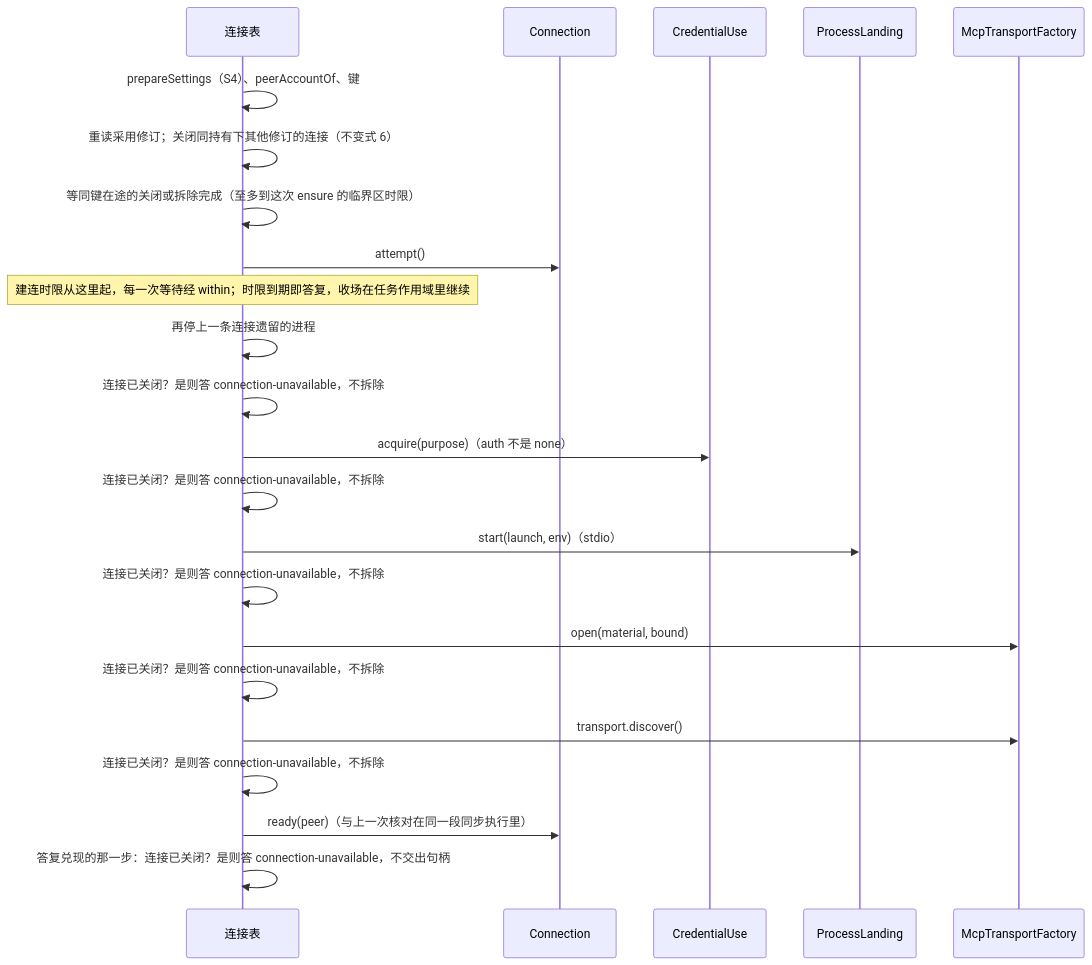
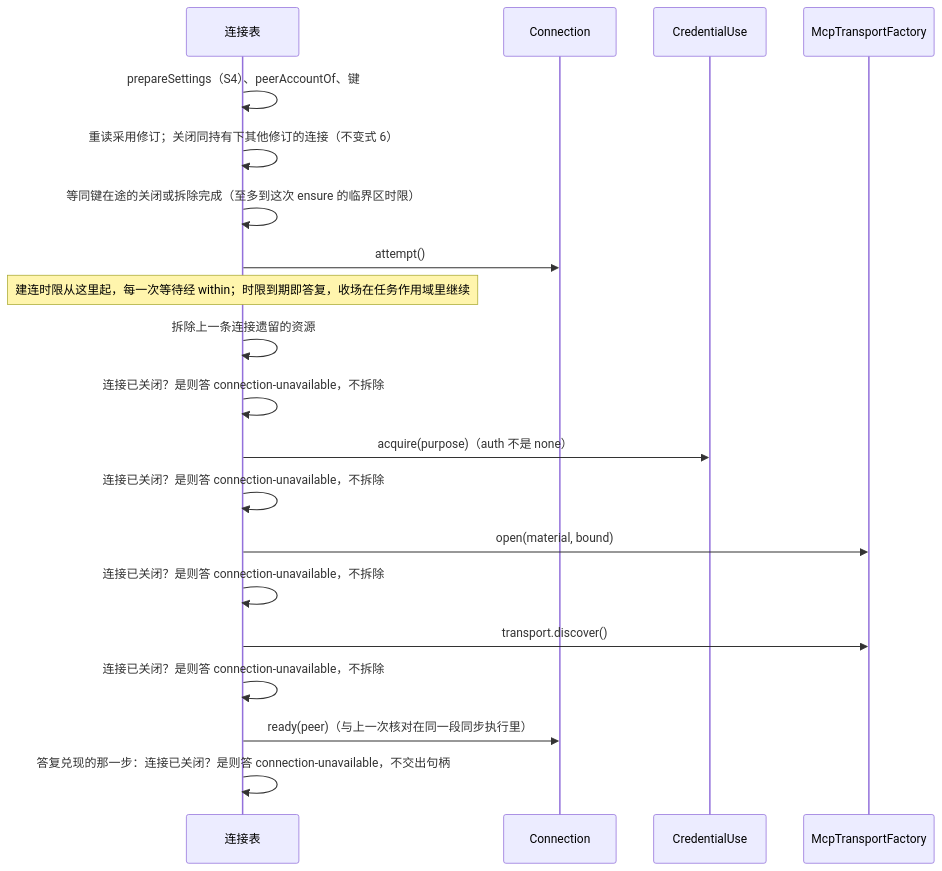
The second of 4 diagrams in packages/mcp/mcp/docs/flows.md (nemori-ai/omne-harness-lite), drawn with Mermaid before and after one commit. The commit also changed other lines of this file and 57 other files, not shown here.

````diff
--- a/packages/mcp/mcp/docs/flows.md
+++ b/packages/mcp/mcp/docs/flows.md
@@ -37,25 +37,22 @@
 ```mermaid
 sequenceDiagram
     participant T as 连接表
     participant A as Connection
     participant U as CredentialUse
-    participant L as ProcessLanding
     participant F as McpTransportFactory
     T->>T: prepareSettings（S4）、peerAccountOf、键
     T->>T: 重读采用修订；关闭同持有下其他修订的连接（不变式 6）
     T->>T: 等同键在途的关闭或拆除完成（至多到这次 ensure 的临界区时限）
     T->>A: attempt()
     note over T: 建连时限从这里起，每一次等待经 within；时限到期即答复，收场在任务作用域里继续
-    T->>T: 再停上一条连接遗留的进程
+    T->>T: 拆除上一条连接遗留的资源
     T->>T: 连接已关闭？是则答 connection-unavailable，不拆除
     T->>U: acquire(purpose)（auth 不是 none）
-    T->>T: 连接已关闭？是则答 connection-unavailable，不拆除
-    T->>L: start(launch, env)（stdio）
     T->>T: 连接已关闭？是则答 connection-unavailable，不拆除
     T->>F: open(material, bound)
     T->>T: 连接已关闭？是则答 connection-unavailable，不拆除
     T->>F: transport.discover()
     T->>T: 连接已关闭？是则答 connection-unavailable，不拆除
     T->>A: ready(peer)（与上一次核对在同一段同步执行里）
     T->>T: 答复兑现的那一步：连接已关闭？是则答 connection-unavailable，不交出句柄
 ```
````
